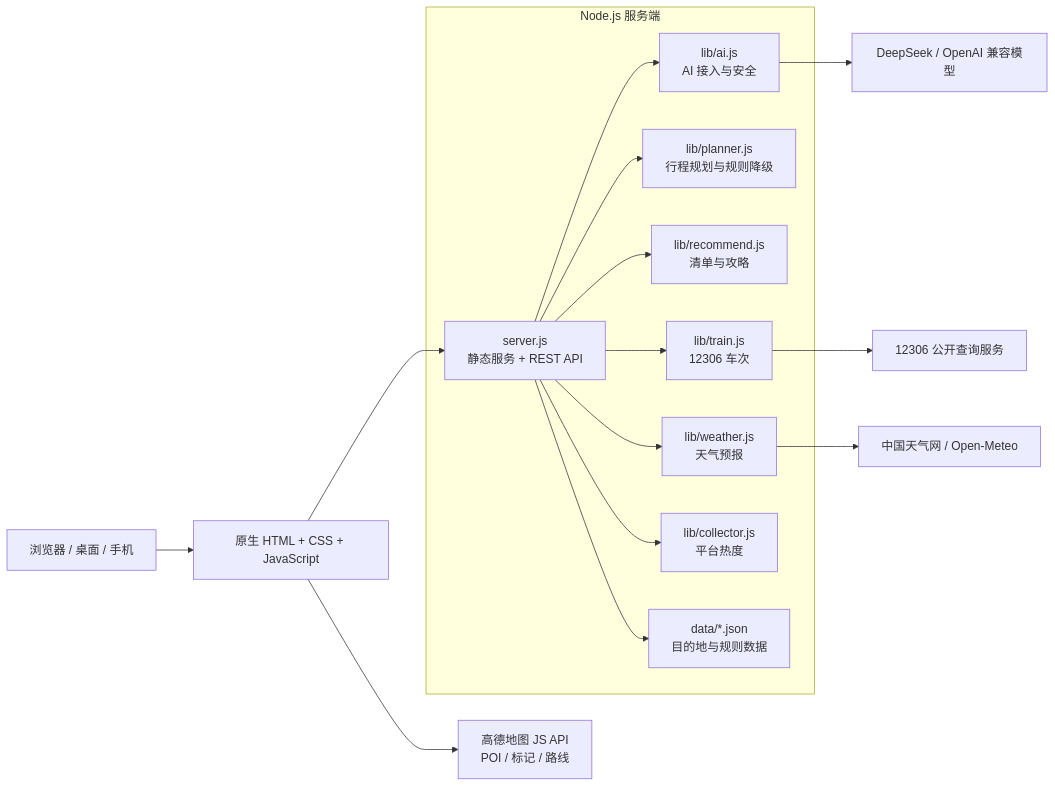
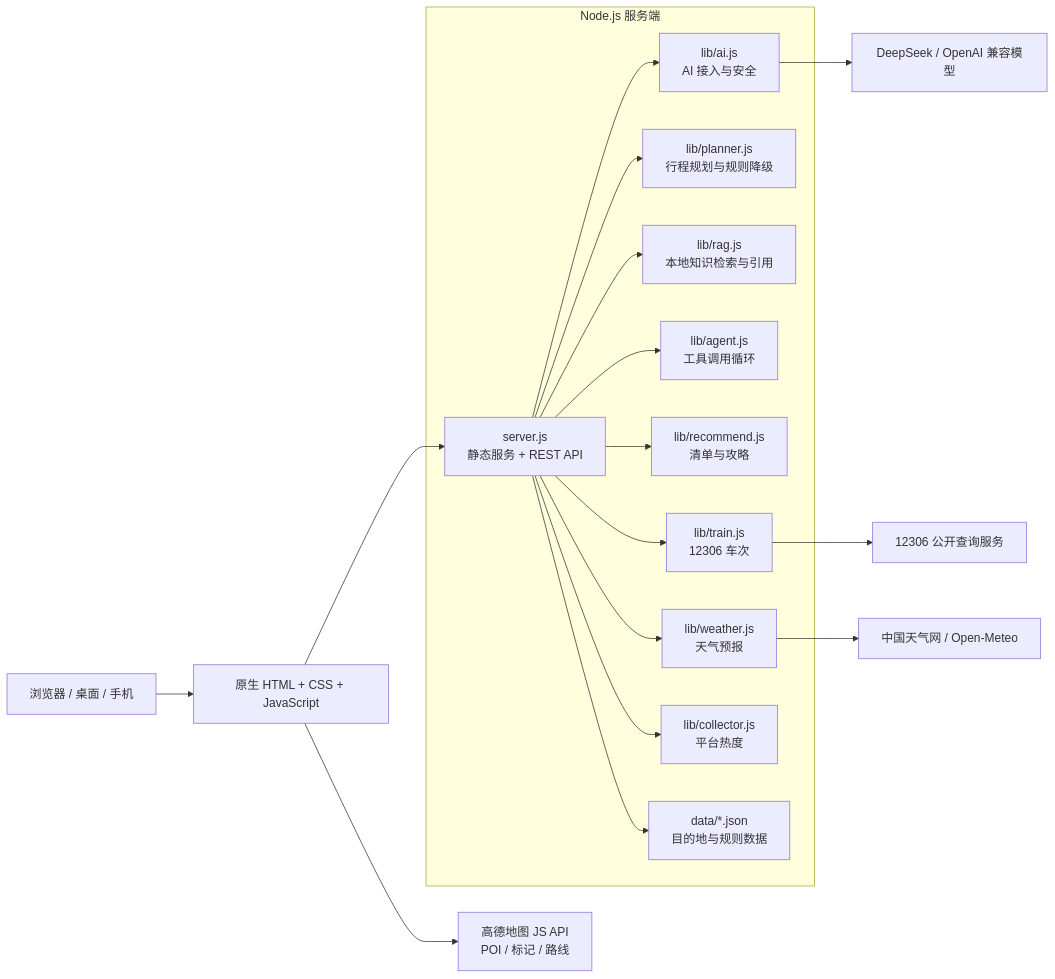
One commit to ZIPzP/jiayouhui changed the diagram in README.md. Above: the diagram before and after it, drawn with Mermaid. The commit also changed other lines of this file and 35 other files, not shown here.

Commit message:
feat: add RAG agent streaming and vision workflow

````diff
--- a/README.md
+++ b/README.md
@@ -100,29 +108,33 @@
 ```mermaid
 flowchart LR
   U[浏览器 / 桌面 / 手机] --> F[原生 HTML + CSS + JavaScript]
 
   subgraph NODE[Node.js 服务端]
     S[server.js<br/>静态服务 + REST API]
     A[lib/ai.js<br/>AI 接入与安全]
     P[lib/planner.js<br/>行程规划与规则降级]
+    G[lib/rag.js<br/>本地知识检索与引用]
+    K[lib/agent.js<br/>工具调用循环]
     R[lib/recommend.js<br/>清单与攻略]
     T[lib/train.js<br/>12306 车次]
     W[lib/weather.js<br/>天气预报]
     C[lib/collector.js<br/>平台热度]
     D[data/*.json<br/>目的地与规则数据]
   end
 
   F --> S
   S --> A
   S --> P
+  S --> G
+  S --> K
   S --> R
   S --> T
   S --> W
   S --> C
   S --> D
 
   F --> M[高德地图 JS API<br/>POI / 标记 / 路线]
   A --> L[DeepSeek / OpenAI 兼容模型]
   T --> X[12306 公开查询服务]
   W --> Y[中国天气网 / Open-Meteo]
 ```
````
